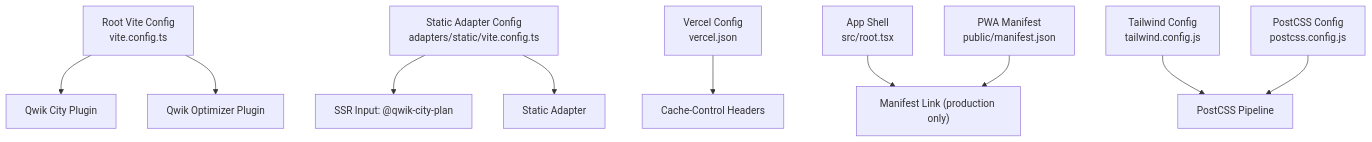
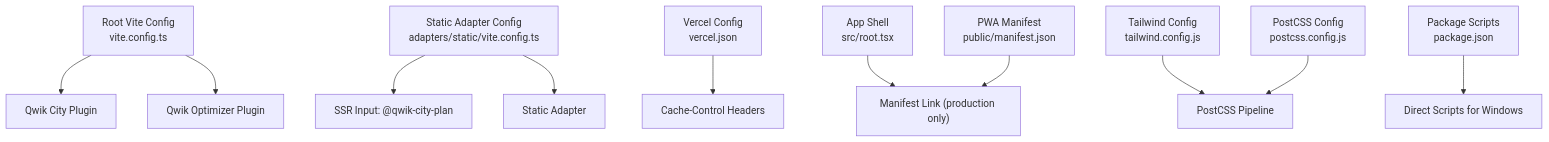
Before and after one commit to delirium-dj/modelcomp: the first of 9 diagrams in .qoder/repowiki/en/content/Architecture Overview/Build System & Deployment Strategy.md, drawn with Mermaid. The commit also changed other lines of this file and 185 other files, not shown here.

````diff
--- a/.qoder/repowiki/en/content/Architecture Overview/Build System & Deployment Strategy.md
+++ b/.qoder/repowiki/en/content/Architecture Overview/Build System & Deployment Strategy.md
@@ -45,12 +56,13 @@
 ```mermaid
 graph TB
 A["Root Vite Config<br/>vite.config.ts"] --> B["Qwik City Plugin"]
 A --> C["Qwik Optimizer Plugin"]
 D["Static Adapter Config<br/>adapters/static/vite.config.ts"] --> E["SSR Input: @qwik-city-plan"]
 D --> F["Static Adapter"]
 G["Vercel Config<br/>vercel.json"] --> H["Cache-Control Headers"]
 I["App Shell<br/>src/root.tsx"] --> J["Manifest Link (production only)"]
 K["PWA Manifest<br/>public/manifest.json"] --> J
 L["Tailwind Config<br/>tailwind.config.js"] --> M["PostCSS Pipeline"]
 N["PostCSS Config<br/>postcss.config.js"] --> M
+O["Package Scripts<br/>package.json"] --> P["Direct Scripts for Windows"]
 ```
````
